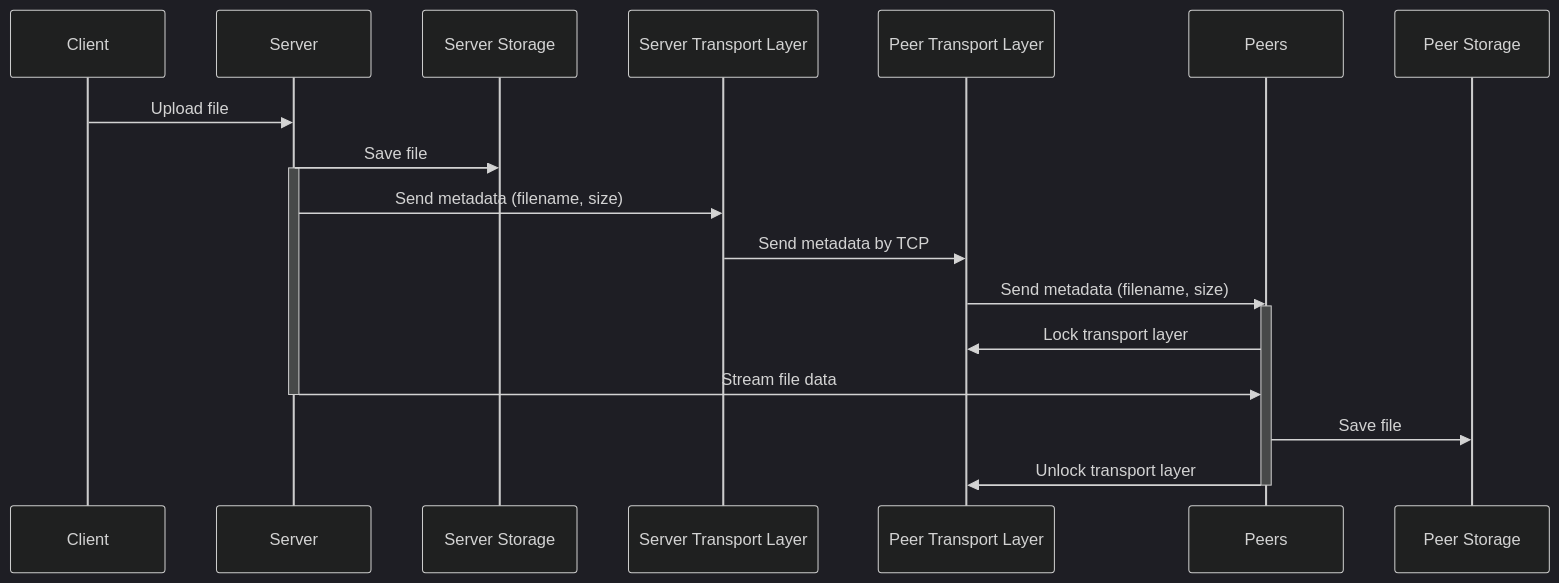
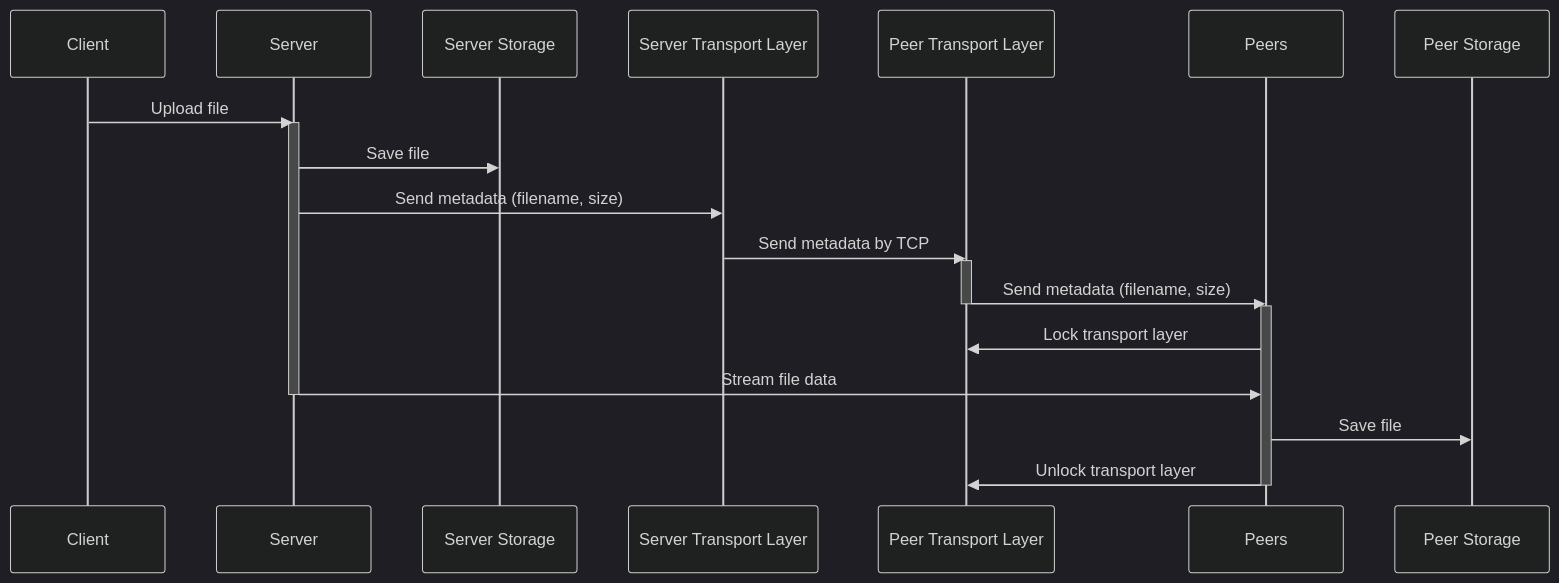
Before and after one commit to TamimEhsan/go-dfs: the first of 3 diagrams in README.md, drawn with Mermaid (dark theme). The commit also changed other lines of this file, not shown here.

Commit message:
Add peer discovery seq diagram

````diff
--- a/README.md
+++ b/README.md
@@ -46,24 +47,27 @@
 ```mermaid
 sequenceDiagram
     participant Client
     participant Server
     participant Store1 as Server Storage
     participant TL1 as Server Transport Layer
     participant TL2 as Peer Transport Layer
     participant Peer as Peers
     participant Store2 as Peer Storage
 
     Client->>Server: Upload file
+    activate Server
     Server->>Store1: Save file
-    activate Server
+    
     Server->>TL1: Send metadata (filename, size)
     TL1->>TL2: Send metadata by TCP
+    activate TL2
     TL2->>Peer: Send metadata (filename, size)
+    deactivate TL2
     activate Peer
     Peer->>TL2: Lock transport layer
     Server->>Peer: Stream file data
     deactivate Server
     Peer->>Store2: Save file
     Peer->>TL2: Unlock transport layer
     deactivate Peer
 ```
````
